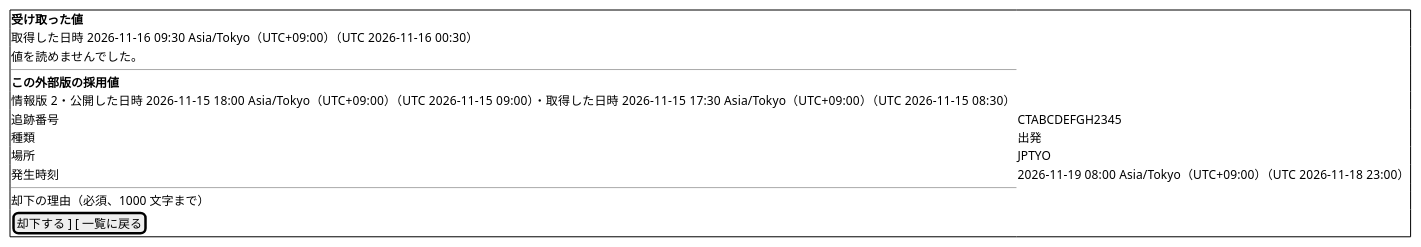
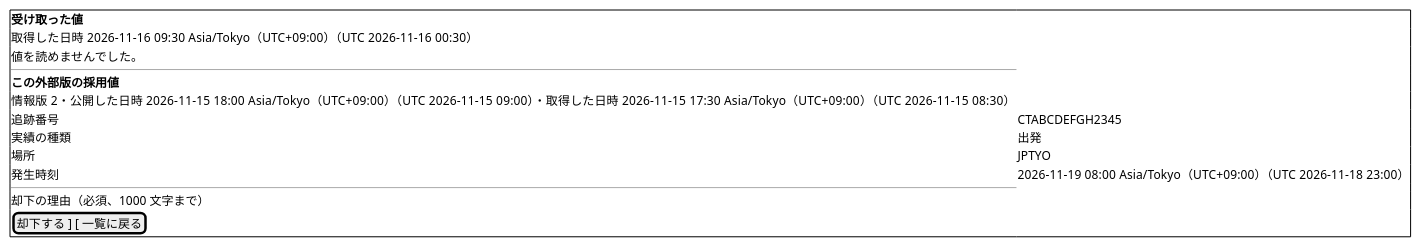
Before and after one commit to k2works/practical-domain-driven-design-in-enterpris-application: the second of 3 diagrams in docs/development/cargo-tracker/bolt_39d3c_plan.md, drawn with PlantUML. The commit also changed other lines of this file and 1 other file, not shown here.

````diff
--- a/docs/development/cargo-tracker/bolt_39d3c_plan.md
+++ b/docs/development/cargo-tracker/bolt_39d3c_plan.md
@@ -256,19 +271,19 @@
 ```plantuml
 @startsalt
 {+
   <b>受け取った値
   取得した日時 2026-11-16 09:30 Asia/Tokyo（UTC+09:00）（UTC 2026-11-16 00:30）
   値を読めませんでした。
   --
   <b>この外部版の採用値
   情報版 2・公開した日時 2026-11-15 18:00 Asia/Tokyo（UTC+09:00）（UTC 2026-11-15 09:00）・取得した日時 2026-11-15 17:30 Asia/Tokyo（UTC+09:00）（UTC 2026-11-15 08:30）
   追跡番号 | CTABCDEFGH2345
-  種類 | 出発
+  実績の種類 | 出発
   場所 | JPTYO
   発生時刻 | 2026-11-19 08:00 Asia/Tokyo（UTC+09:00）（UTC 2026-11-18 23:00）
   --
   却下の理由（必須、1000 文字まで）
   [ 却下する ] [ 一覧に戻る ]
 }
 @endsalt
 ```
````
